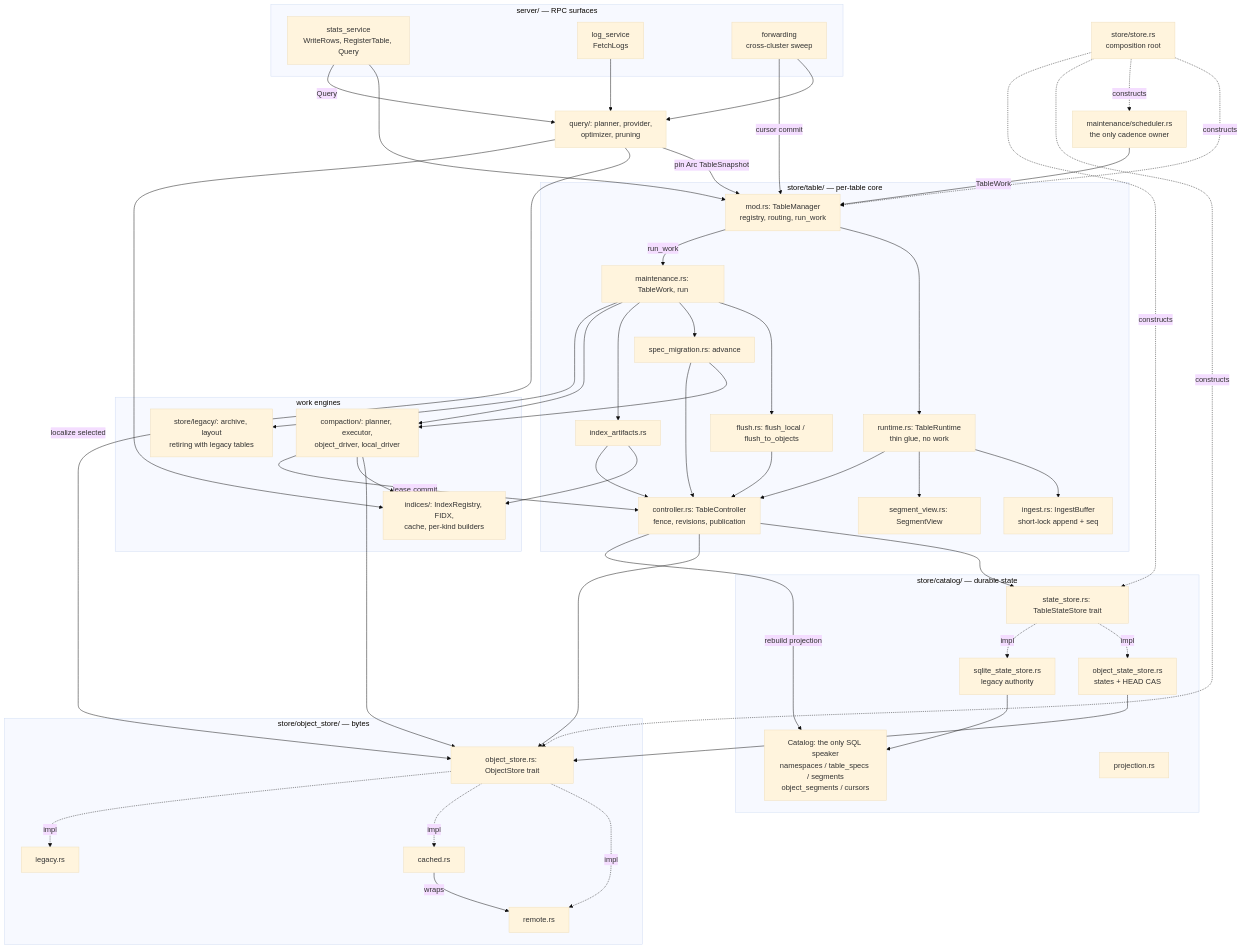
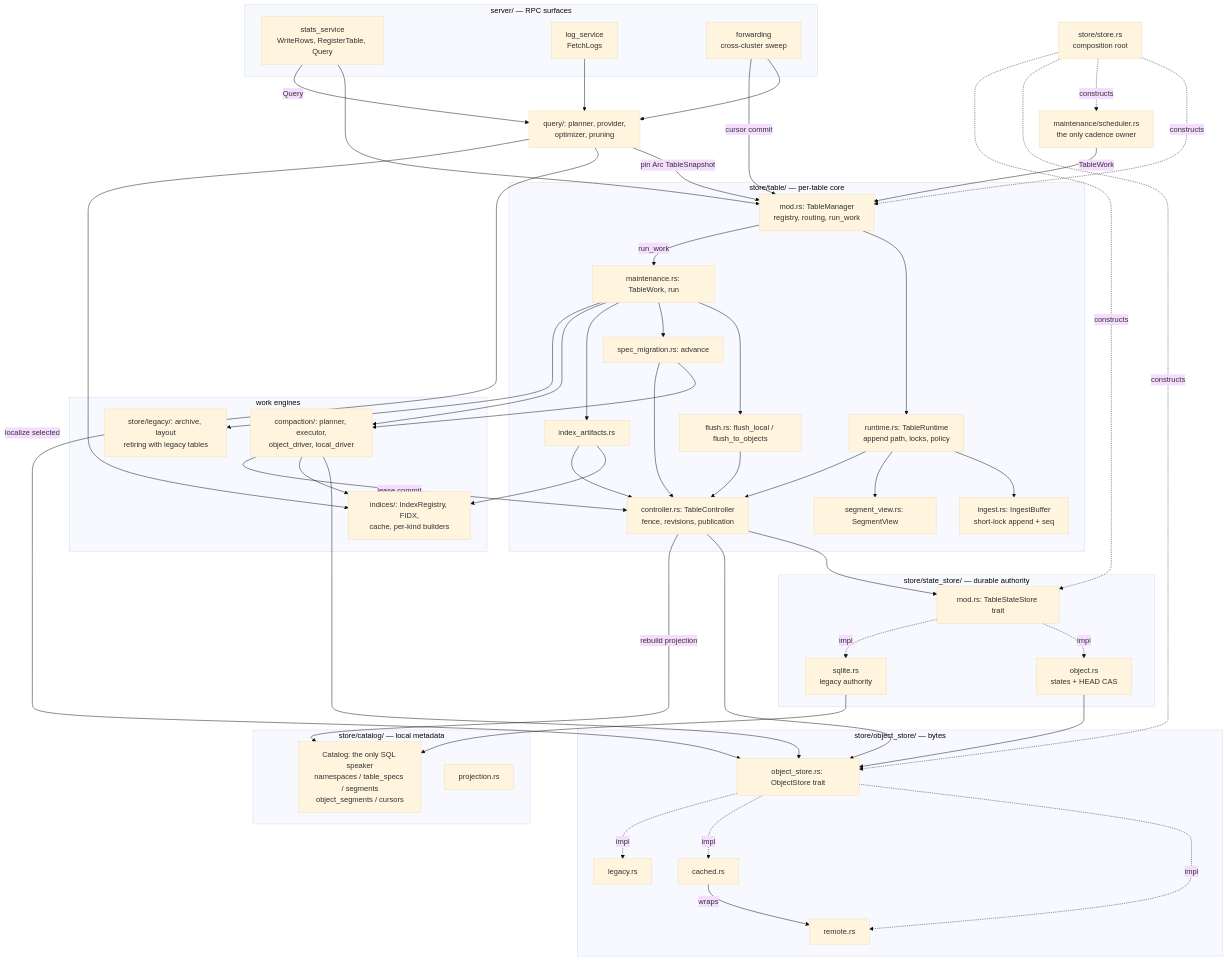
One commit to marin-community/marin changed the first of 6 diagrams in lib/finelog/ARCHITECTURE.md. Above: the diagram before and after it, drawn with Mermaid (base theme). The commit also changed other lines of this file and 22 other files, not shown here.

First line of the commit message:
[finelog] Separate the durable state boundary from the local catalog

```diff
--- a/lib/finelog/ARCHITECTURE.md
+++ b/lib/finelog/ARCHITECTURE.md
@@ -14,7 +14,7 @@
 
     subgraph table["store/table/ — per-table core"]
         TM[mod.rs: TableManager<br/>registry, routing, run_work]
-        RT[runtime.rs: TableRuntime<br/>thin glue, no work]
+        RT[runtime.rs: TableRuntime<br/>append path, locks, policy]
         IB[ingest.rs: IngestBuffer<br/>short-lock append + seq]
         SV[segment_view.rs: SegmentView]
         FL[flush.rs: flush_local / flush_to_objects]
@@ -24,12 +24,15 @@
         TC[controller.rs: TableController<br/>fence, revisions, publication]
     end
 
-    subgraph state["store/catalog/ — durable state"]
-        SS[state_store.rs: TableStateStore trait]
-        OSS[object_state_store.rs<br/>states + HEAD CAS]
-        SQS[sqlite_state_store.rs<br/>legacy authority]
+    subgraph state["store/catalog/ — local metadata"]
         DB[Catalog: the only SQL speaker<br/>namespaces / table_specs / segments<br/>object_segments / cursors]
         PJ[projection.rs]
+    end
+
+    subgraph durable["store/state_store/ — durable authority"]
+        SS[mod.rs: TableStateStore trait]
+        OSS[object.rs<br/>states + HEAD CAS]
+        SQS[sqlite.rs<br/>legacy authority]
     end
 
     subgraph objects["store/object_store/ — bytes"]
```
